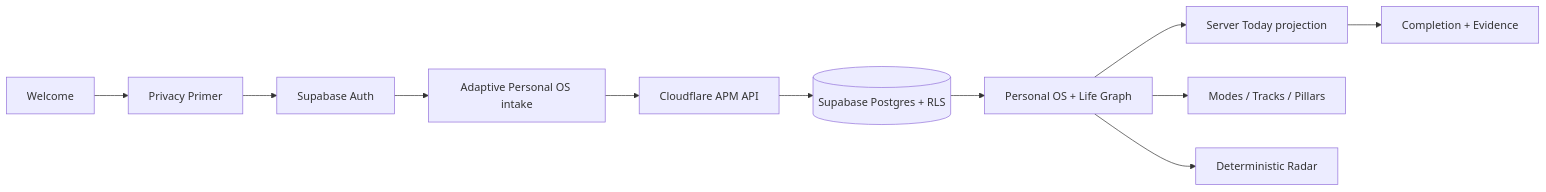
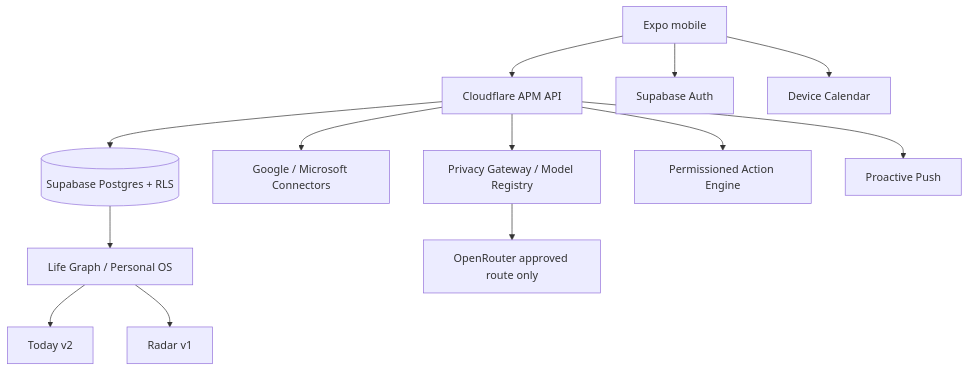
Before and after one commit to seq23/aplayer-mode: the first of 2 diagrams in docs/13-IMPLEMENTATION-STATUS.md, drawn with Mermaid. The commit also changed other lines of this file, not shown here.

````diff
--- a/docs/13-IMPLEMENTATION-STATUS.md
+++ b/docs/13-IMPLEMENTATION-STATUS.md
@@ -10,13 +10,15 @@
 ```mermaid
-flowchart LR
-  W[Welcome] --> P[Privacy Primer]
-  P --> A[Supabase Auth]
-  A --> I[Adaptive Personal OS intake]
-  I --> API[Cloudflare APM API]
+flowchart TD
+  M[Expo mobile] --> API[Cloudflare APM API]
+  M --> AUTH[Supabase Auth]
   API --> DB[(Supabase Postgres + RLS)]
-  DB --> OS[Personal OS + Life Graph]
-  OS --> T[Server Today projection]
-  OS --> M[Modes / Tracks / Pillars]
-  OS --> R[Deterministic Radar]
-  T --> E[Completion + Evidence]
+  DB --> LG[Life Graph / Personal OS]
+  LG --> TODAY[Today v2]
+  LG --> RADAR[Radar v1]
+  M --> DEV[Device Calendar]
+  API --> CONN[Google / Microsoft Connectors]
+  API --> PRIV[Privacy Gateway / Model Registry]
+  PRIV --> OR[OpenRouter approved route only]
+  API --> ACT[Permissioned Action Engine]
+  API --> PUSH[Proactive Push]
 ```
````
